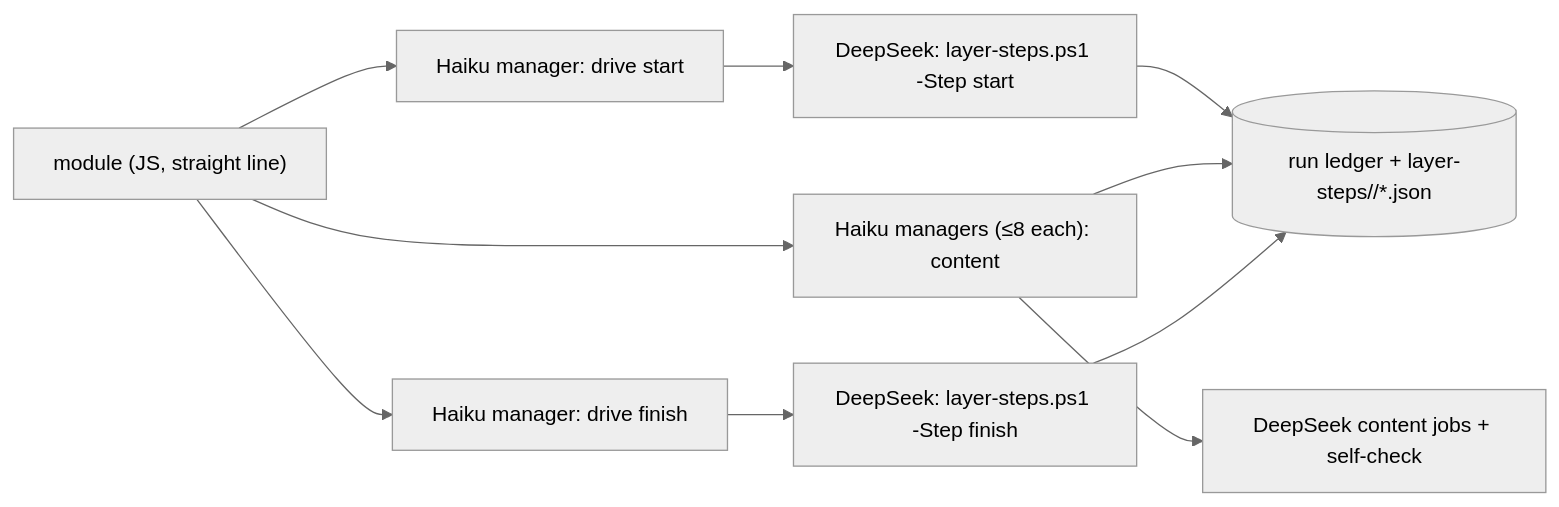
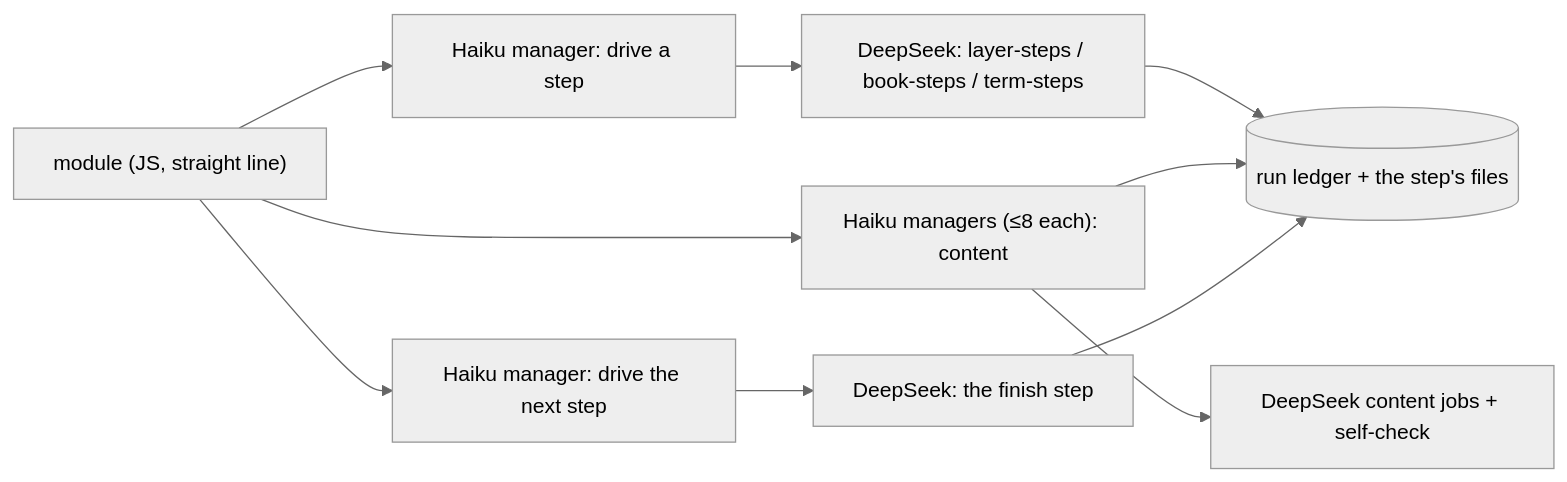
The diagram in docs/wiki/workflow-module-structure.md (liudesheng9/zet), drawn with Mermaid (neutral theme) before and after one commit. The commit also changed other lines of this file and 44 other files, not shown here.

First line of the commit message:
Run the book-level digest stages' chains as script steps (#176)

````diff
--- a/docs/wiki/workflow-module-structure.md
+++ b/docs/wiki/workflow-module-structure.md
@@ -40,12 +43,12 @@
 ```mermaid
 flowchart LR
-    M["module (JS, straight line)"] --> H1["Haiku manager: drive start"]
-    H1 --> D1["DeepSeek: layer-steps.ps1 -Step start"]
+    M["module (JS, straight line)"] --> H1["Haiku manager: drive a step"]
+    H1 --> D1["DeepSeek: layer-steps / book-steps / term-steps"]
     M --> H2["Haiku managers (≤8 each): content"]
     H2 --> W["DeepSeek content jobs + self-check"]
-    M --> H3["Haiku manager: drive finish"]
-    H3 --> D2["DeepSeek: layer-steps.ps1 -Step finish"]
-    D1 --> L[("run ledger + layer-steps/<layer>/*.json")]
+    M --> H3["Haiku manager: drive the next step"]
+    H3 --> D2["DeepSeek: the finish step"]
+    D1 --> L[("run ledger + the step's files")]
     H2 --> L
     D2 --> L
 ```
````
